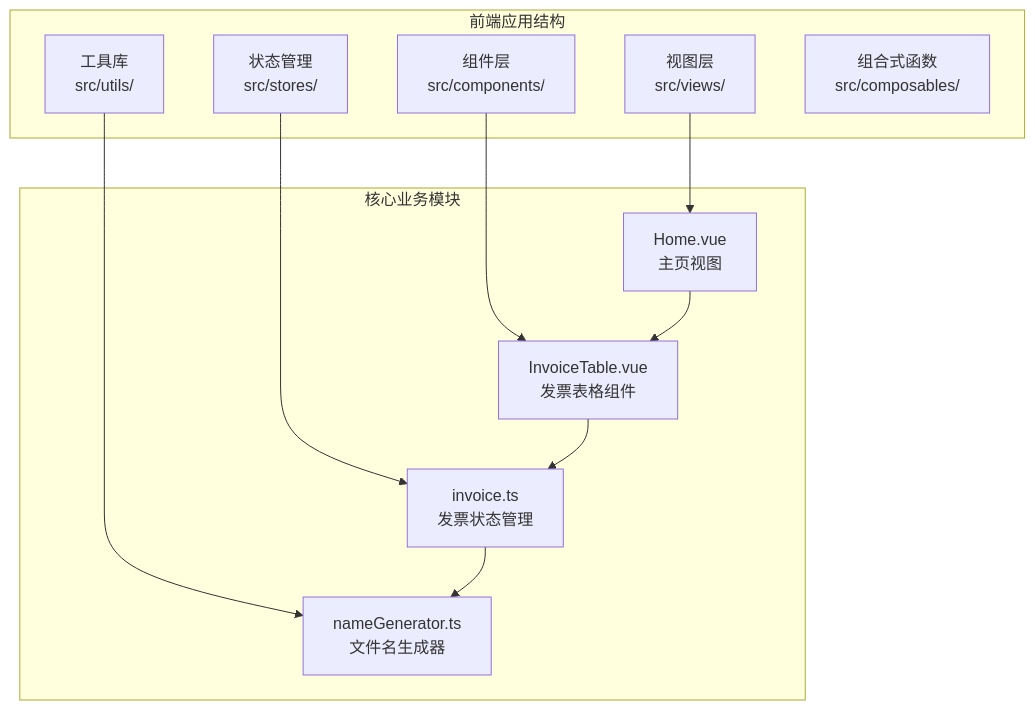
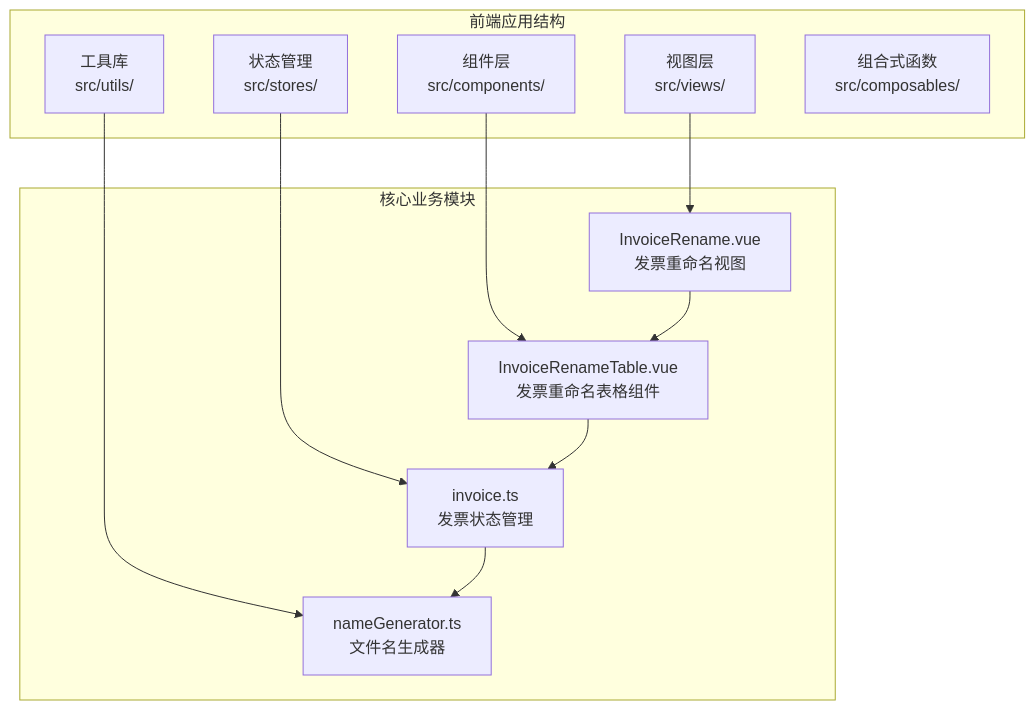
The first of 10 diagrams in .qoder/repowiki/zh/content/组件架构设计/发票数据表格组件/发票重命名表格组件.md (dunhuixiao/FinanceTools), drawn with Mermaid before and after one commit. The commit also changed other lines of this file and 4 other files, not shown here.

````diff
--- a/.qoder/repowiki/zh/content/组件架构设计/发票数据表格组件/发票重命名表格组件.md
+++ b/.qoder/repowiki/zh/content/组件架构设计/发票数据表格组件/发票重命名表格组件.md
@@ -42,23 +39,23 @@
 ```mermaid
 graph TB
 subgraph "前端应用结构"
 Views[视图层<br/>src/views/]
 Components[组件层<br/>src/components/]
 Stores[状态管理<br/>src/stores/]
 Utils[工具库<br/>src/utils/]
 Composables[组合式函数<br/>src/composables/]
 end
 subgraph "核心业务模块"
-InvoiceTable[InvoiceTable.vue<br/>发票表格组件]
+InvoiceRenameTable[InvoiceRenameTable.vue<br/>发票重命名表格组件]
 InvoiceStore[invoice.ts<br/>发票状态管理]
 NameGenerator[nameGenerator.ts<br/>文件名生成器]
-HomeView[Home.vue<br/>主页视图]
+InvoiceRenameView[InvoiceRename.vue<br/>发票重命名视图]
 end
-Views --> HomeView
-Components --> InvoiceTable
+Views --> InvoiceRenameView
+Components --> InvoiceRenameTable
 Stores --> InvoiceStore
 Utils --> NameGenerator
-HomeView --> InvoiceTable
-InvoiceTable --> InvoiceStore
+InvoiceRenameView --> InvoiceRenameTable
+InvoiceRenameTable --> InvoiceStore
 InvoiceStore --> NameGenerator
 ```
````
